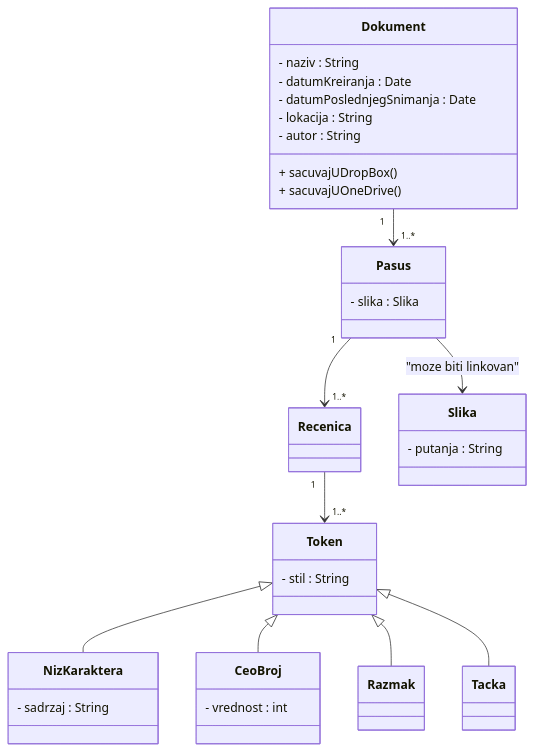
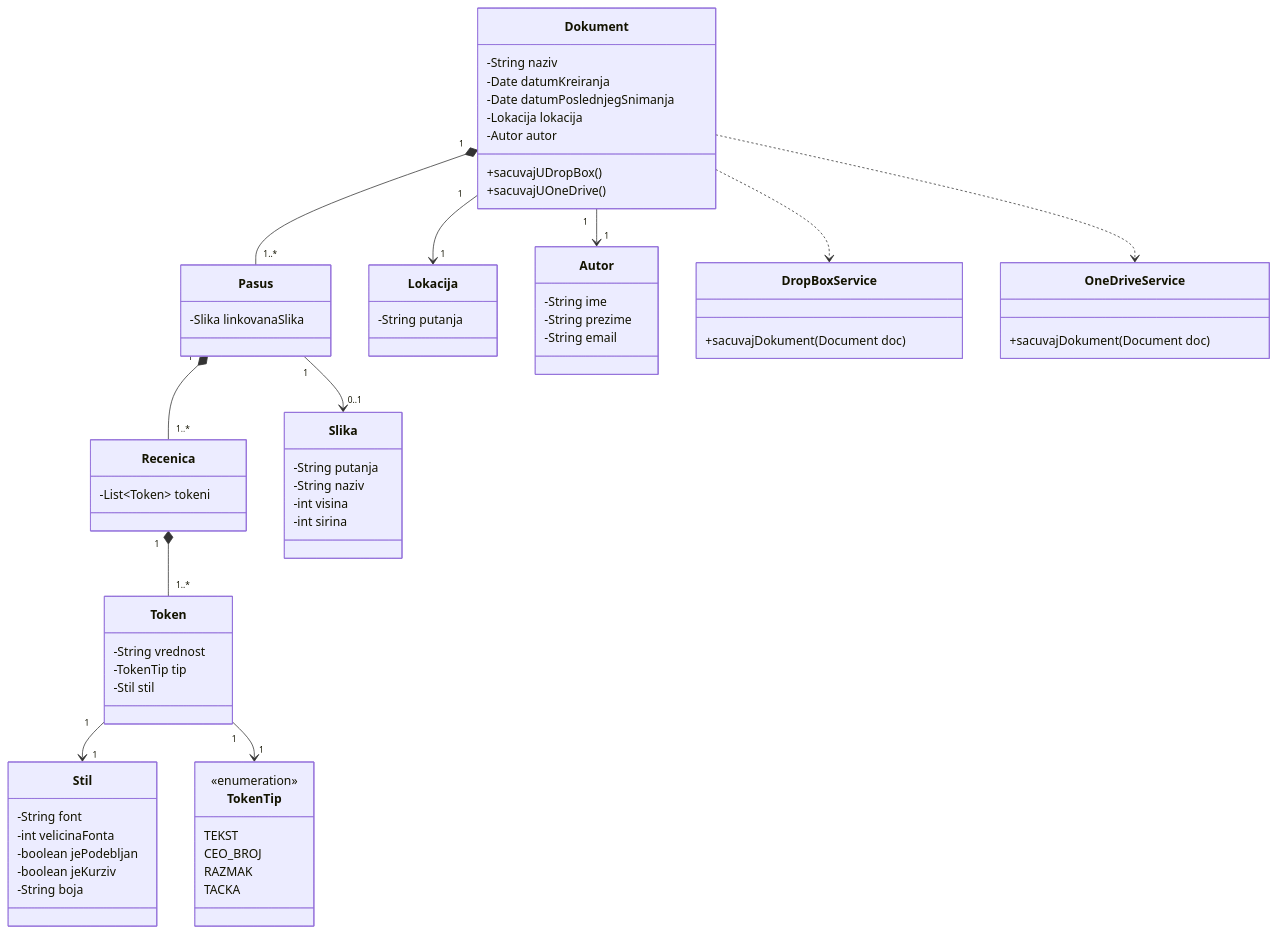
Before and after one commit to lazarevicOgnjen/II-godina: the diagram in oopj/UML/januar-2024.md, drawn with Mermaid.

````diff
--- a/oopj/UML/januar-2024.md
+++ b/oopj/UML/januar-2024.md
@@ -3,51 +3,78 @@
 ```mermaid
 classDiagram
     class Dokument {
-        - naziv : String
-        - datumKreiranja : Date
-        - datumPoslednjegSnimanja : Date
-        - lokacija : String
-        - autor : String
-        + sacuvajUDropBox()
-        + sacuvajUOneDrive()
+        -String naziv
+        -Date datumKreiranja
+        -Date datumPoslednjegSnimanja
+        -Lokacija lokacija
+        -Autor autor
+        +sacuvajUDropBox()
+        +sacuvajUOneDrive()
     }
 
     class Pasus {
-        - slika : Slika
+        -Slika linkovanaSlika
     }
 
     class Recenica {
+        -List~Token~ tokeni
     }
 
     class Token {
-        - stil : String
+        -String vrednost
+        -TokenTip tip
+        -Stil stil
     }
 
-    class NizKaraktera {
-        - sadrzaj : String
+    class Stil {
+        -String font
+        -int velicinaFonta
+        -boolean jePodebljan
+        -boolean jeKurziv
+        -String boja
     }
 
-    class CeoBroj {
-        - vrednost : int
-    }
-
-    class Razmak {
-    }
-
-    class Tacka {
+    class TokenTip {
+        <<enumeration>>
+        TEKST
+        CEO_BROJ
+        RAZMAK
+        TACKA
     }
 
     class Slika {
-        - putanja : String
+        -String putanja
+        -String naziv
+        -int visina
+        -int sirina
     }
 
-    Dokument "1" --> "1..*" Pasus
-    Pasus "1" --> "1..*" Recenica
-    Recenica "1" --> "1..*" Token
-    Pasus --> Slika : "moze biti linkovan"
-    Token <|-- NizKaraktera
-    Token <|-- CeoBroj
-    Token <|-- Razmak
-    Token <|-- Tacka
+    class Lokacija {
+        -String putanja
+    }
 
+    class Autor {
+        -String ime
+        -String prezime
+        -String email
+    }
+
+    class DropBoxService {
+        +sacuvajDokument(Document doc)
+    }
+
+    class OneDriveService {
+        +sacuvajDokument(Document doc)
+    }
+
+    Dokument "1" *-- "1..*" Pasus
+    Pasus "1" *-- "1..*" Recenica
+    Recenica "1" *-- "1..*" Token
+    Token "1" --> "1" Stil
+    Token "1" --> "1" TokenTip
+    Pasus "1" --> "0..1" Slika
+    Dokument "1" --> "1" Lokacija
+    Dokument "1" --> "1" Autor
+    Dokument ..> DropBoxService
+    Dokument ..> OneDriveService
 ```
````
